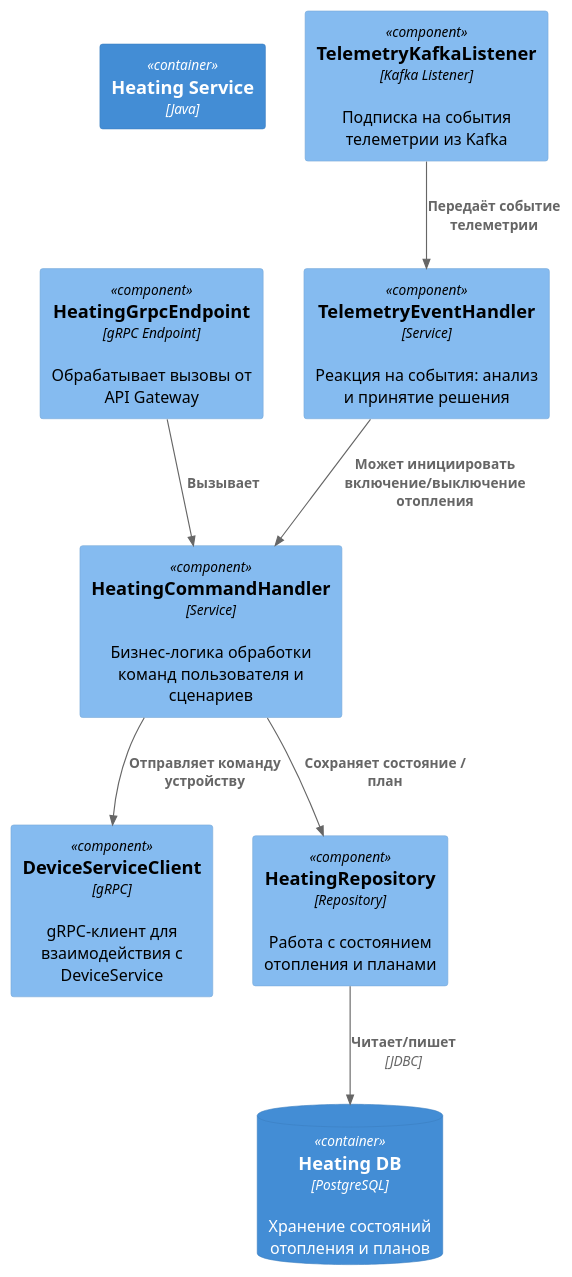
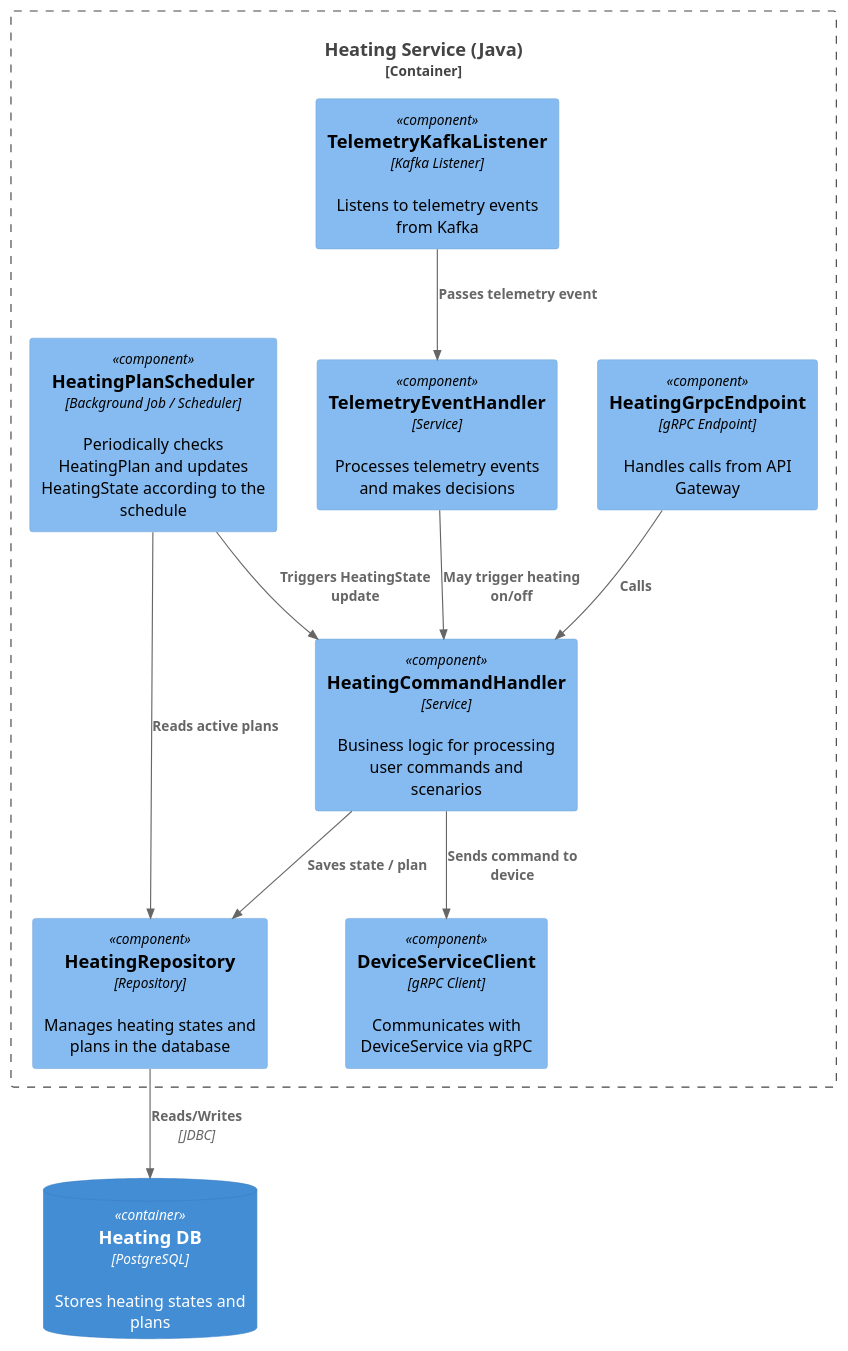
Before and after one commit to vladislavego/architecture-warmhouse: the diagram in docs/diagrams/component/Heating_Component.puml, drawn with PlantUML. The commit also changed 13 other files, not shown here.

```diff
--- a/docs/diagrams/component/Heating_Component.puml
+++ b/docs/diagrams/component/Heating_Component.puml
@@ -1,21 +1,26 @@
 @startuml HeatingService_Component
 !includeurl https://raw.githubusercontent.com/plantuml-stdlib/C4-PlantUML/master/C4_Component.puml
 
-Container(heatingService, "Heating Service", "Java")
+Container_Boundary(heatingService, "Heating Service (Java)") {
 
-Component(api, "HeatingGrpcEndpoint", "gRPC Endpoint", "Обрабатывает вызовы от API Gateway")
-Component(handler, "HeatingCommandHandler", "Service", "Бизнес-логика обработки команд пользователя и сценариев")
-Component(adapter, "DeviceServiceClient", "gRPC", "gRPC-клиент для взаимодействия с DeviceService")
-Component(repo, "HeatingRepository", "Repository", "Работа с состоянием отопления и планами")
-Component(kafkaListener, "TelemetryKafkaListener", "Kafka Listener", "Подписка на события телеметрии из Kafka")
-Component(eventHandler, "TelemetryEventHandler", "Service", "Реакция на события: анализ и принятие решения")
-ContainerDb(heatingDb, "Heating DB", "PostgreSQL", "Хранение состояний отопления и планов")
+  Component(api, "HeatingGrpcEndpoint", "gRPC Endpoint", "Handles calls from API Gateway")
+  Component(handler, "HeatingCommandHandler", "Service", "Business logic for processing user commands and scenarios")
+  Component(adapter, "DeviceServiceClient", "gRPC Client", "Communicates with DeviceService via gRPC")
+  Component(repo, "HeatingRepository", "Repository", "Manages heating states and plans in the database")
+  Component(kafkaListener, "TelemetryKafkaListener", "Kafka Listener", "Listens to telemetry events from Kafka")
+  Component(eventHandler, "TelemetryEventHandler", "Service", "Processes telemetry events and makes decisions")
+  Component(scheduler, "HeatingPlanScheduler", "Background Job / Scheduler", "Periodically checks HeatingPlan and updates HeatingState according to the schedule")
+}
 
-Rel(api, handler, "Вызывает")
-Rel(handler, adapter, "Отправляет команду устройству")
-Rel(handler, repo, "Сохраняет состояние / план")
-Rel(repo, heatingDb, "Читает/пишет", "JDBC")
-Rel(kafkaListener, eventHandler, "Передаёт событие телеметрии")
-Rel(eventHandler, handler, "Может инициировать включение/выключение отопления")
+ContainerDb(heatingDb, "Heating DB", "PostgreSQL", "Stores heating states and plans")
+
+Rel(api, handler, "Calls")
+Rel(handler, adapter, "Sends command to device")
+Rel(handler, repo, "Saves state / plan")
+Rel(repo, heatingDb, "Reads/Writes", "JDBC")
+Rel(kafkaListener, eventHandler, "Passes telemetry event")
+Rel(eventHandler, handler, "May trigger heating on/off")
+Rel(scheduler, repo, "Reads active plans")
+Rel(scheduler, handler, "Triggers HeatingState update")
 
 @enduml
```
